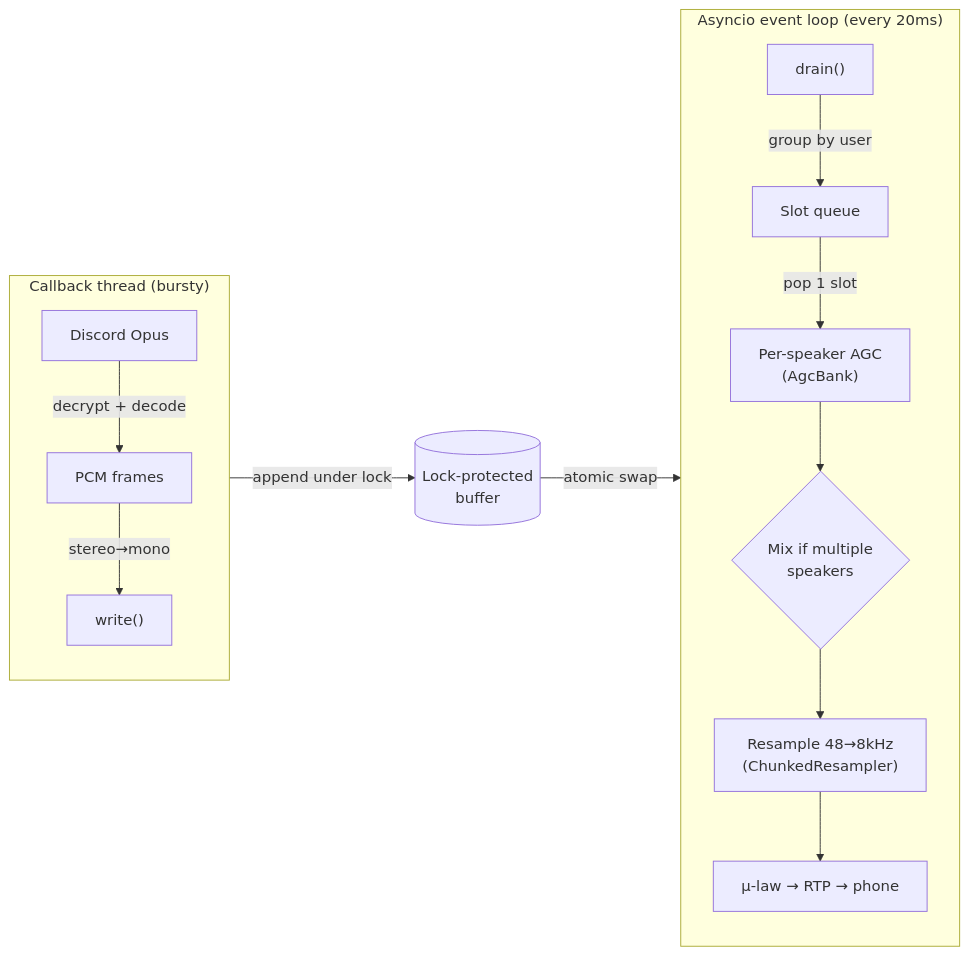
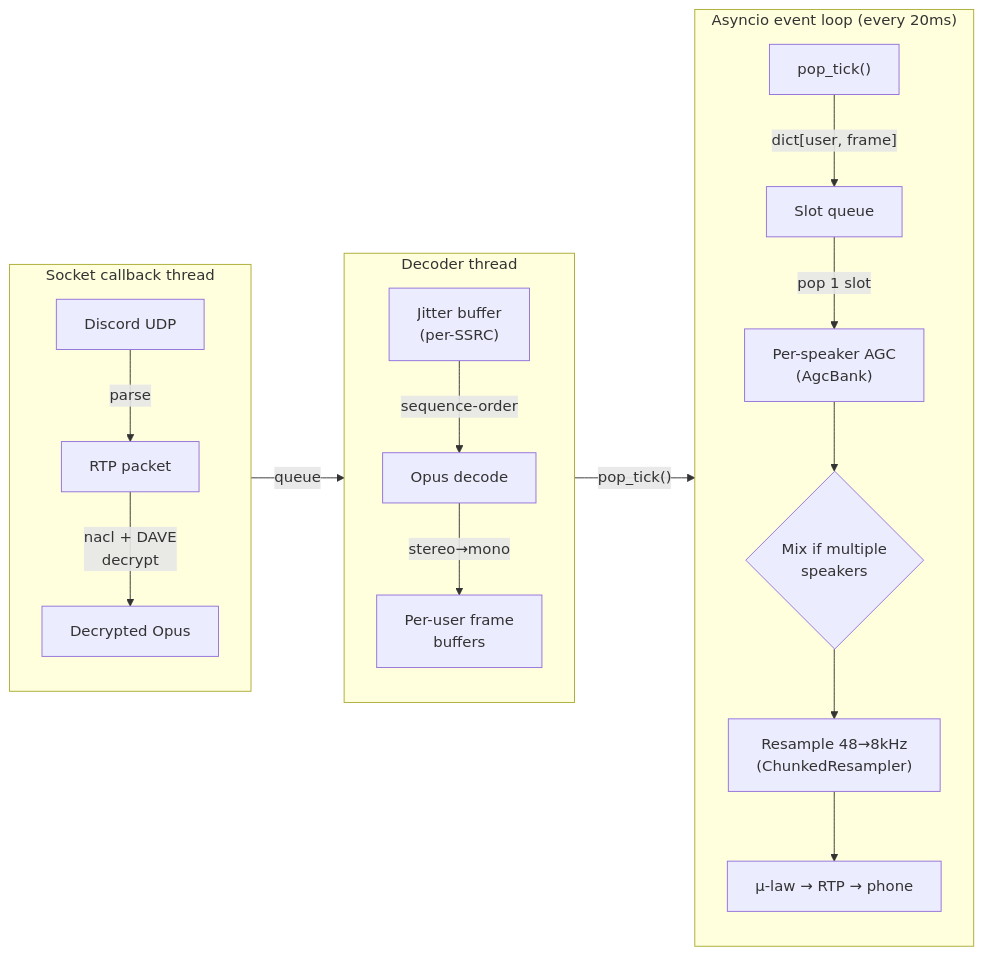
Before and after one commit to frizzle-chan/frizzle-phone: the third of 3 diagrams in DESIGN.md, drawn with Mermaid. The commit also changed other lines of this file and 35 other files, not shown here.

````diff
--- a/DESIGN.md
+++ b/DESIGN.md
@@ -79,20 +81,27 @@
 ```mermaid
 graph LR
-    subgraph CB["Callback thread (bursty)"]
+    subgraph SC["Socket callback thread"]
         direction TB
-        OPUS[Discord Opus] -->|decrypt + decode| PCM[PCM frames]
-        PCM -->|"stereo→mono"| WRITE["write()"]
+        UDP[Discord UDP] -->|parse| RTP_PKT[RTP packet]
+        RTP_PKT -->|"nacl + DAVE<br/>decrypt"| DEC_OPUS[Decrypted Opus]
     end
 
-    CB -->|append under lock| BUF[("Lock-protected<br/>buffer")]
-    BUF -->|atomic swap| AL
+    SC -->|queue| DT
+
+    subgraph DT["Decoder thread"]
+        direction TB
+        JB["Jitter buffer<br/>(per-SSRC)"] -->|sequence-order| DEC[Opus decode]
+        DEC -->|"stereo→mono"| FRAMES["Per-user frame<br/>buffers"]
+    end
+
+    DT -->|"pop_tick()"| AL
 
     subgraph AL["Asyncio event loop (every 20ms)"]
         direction TB
-        DRAIN["drain()"] -->|group by user| SLOTS[Slot queue]
+        PULL["pop_tick()"] -->|"dict[user, frame]"| SLOTS[Slot queue]
         SLOTS -->|pop 1 slot| AGC["Per-speaker AGC<br/>(AgcBank)"]
         AGC --> MIX{"Mix if multiple<br/>speakers"}
         MIX --> RS["Resample 48→8kHz<br/>(ChunkedResampler)"]
-        RS --> RTP["μ-law → RTP → phone"]
+        RS --> RTP_OUT["μ-law → RTP → phone"]
     end
 ```
````
